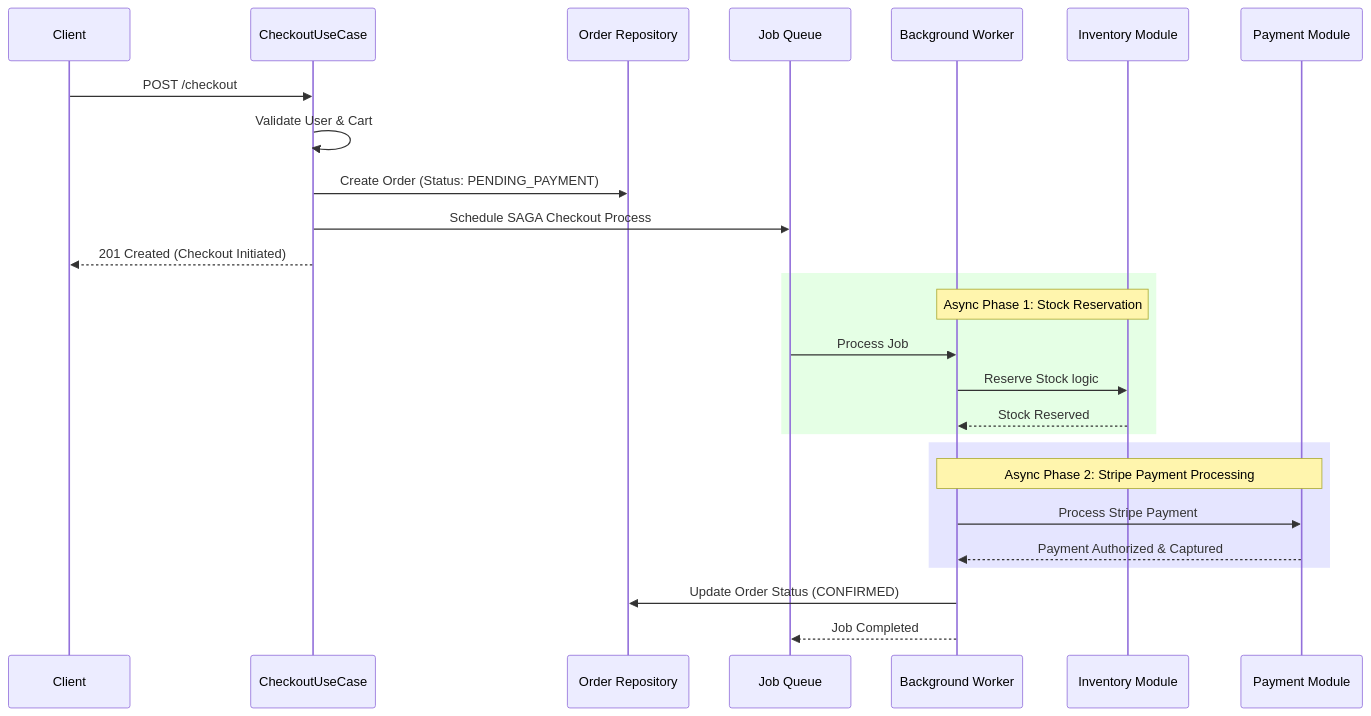
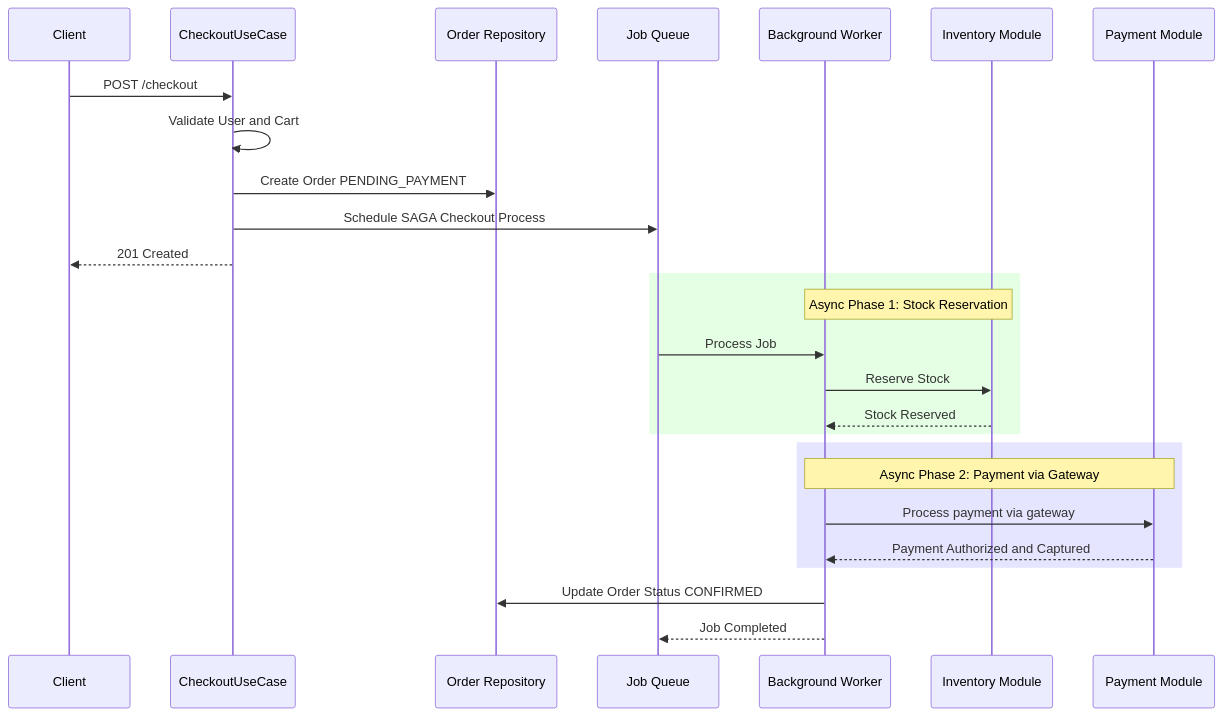
Before and after one commit to raouf-b-dev/ecommerce-store-api: the fifth of 11 diagrams in docs/architecture/ARCHITECTURE.md, drawn with Mermaid. The commit also changed other lines of this file, not shown here.

First line of the commit message:
Refactor architecture documentation for clarity and consistency

````diff
--- a/docs/architecture/ARCHITECTURE.md
+++ b/docs/architecture/ARCHITECTURE.md
@@ -210,32 +201,32 @@
 ```mermaid
 sequenceDiagram
-    participant Client
-    participant CheckoutUC as CheckoutUseCase
-    participant OrderRepo as Order Repository
-    participant BullMQ as Job Queue
-    participant Worker as Background Worker
-    participant Inventory as Inventory Module
-    participant Payment as Payment Module
+ participant Client
+ participant CheckoutUC as CheckoutUseCase
+ participant OrderRepo as Order Repository
+ participant BullMQ as Job Queue
+ participant Worker as Background Worker
+ participant Inventory as Inventory Module
+ participant Payment as Payment Module
 
-    Client->>CheckoutUC: POST /checkout
-    CheckoutUC->>CheckoutUC: Validate User & Cart
-    CheckoutUC->>OrderRepo: Create Order (Status: PENDING_PAYMENT)
-    CheckoutUC->>BullMQ: Schedule SAGA Checkout Process
-    CheckoutUC-->>Client: 201 Created (Checkout Initiated)
+ Client->>CheckoutUC: POST /checkout
+ CheckoutUC->>CheckoutUC: Validate User and Cart
+ CheckoutUC->>OrderRepo: Create Order PENDING_PAYMENT
+ CheckoutUC->>BullMQ: Schedule SAGA Checkout Process
+ CheckoutUC-->>Client: 201 Created
 
-    rect rgba(0, 255, 0, 0.1)
-    Note over Worker,Inventory: Async Phase 1: Stock Reservation
-    BullMQ->>Worker: Process Job
-    Worker->>Inventory: Reserve Stock logic
-    Inventory-->>Worker: Stock Reserved
-    end
+ rect rgba(0, 255, 0, 0.1)
+ Note over Worker,Inventory: Async Phase 1: Stock Reservation
+ BullMQ->>Worker: Process Job
+ Worker->>Inventory: Reserve Stock
+ Inventory-->>Worker: Stock Reserved
+ end
 
-    rect rgba(0, 0, 255, 0.1)
-    Note over Worker,Payment: Async Phase 2: Stripe Payment Processing
-    Worker->>Payment: Process Stripe Payment
-    Payment-->>Worker: Payment Authorized & Captured
-    end
+ rect rgba(0, 0, 255, 0.1)
+ Note over Worker,Payment: Async Phase 2: Payment via Gateway
+ Worker->>Payment: Process payment via gateway
+ Payment-->>Worker: Payment Authorized and Captured
+ end
 
-    Worker->>OrderRepo: Update Order Status (CONFIRMED)
-    Worker-->>BullMQ: Job Completed
+ Worker->>OrderRepo: Update Order Status CONFIRMED
+ Worker-->>BullMQ: Job Completed
 ```
````
